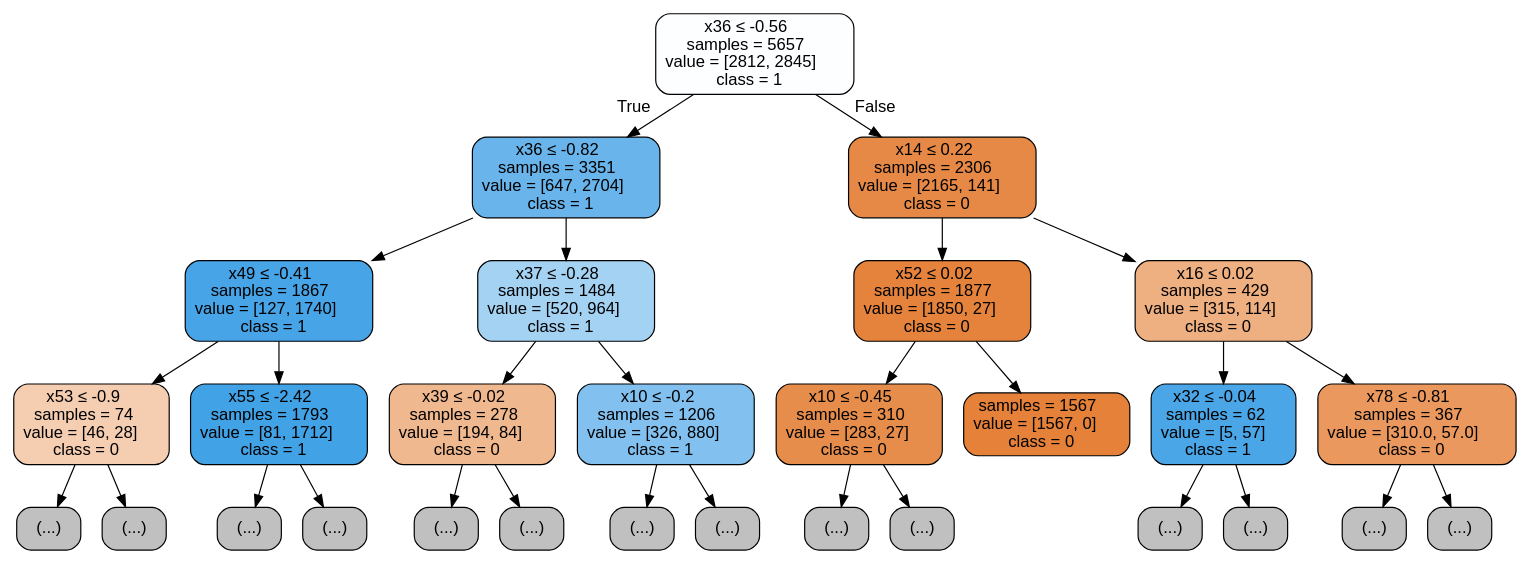
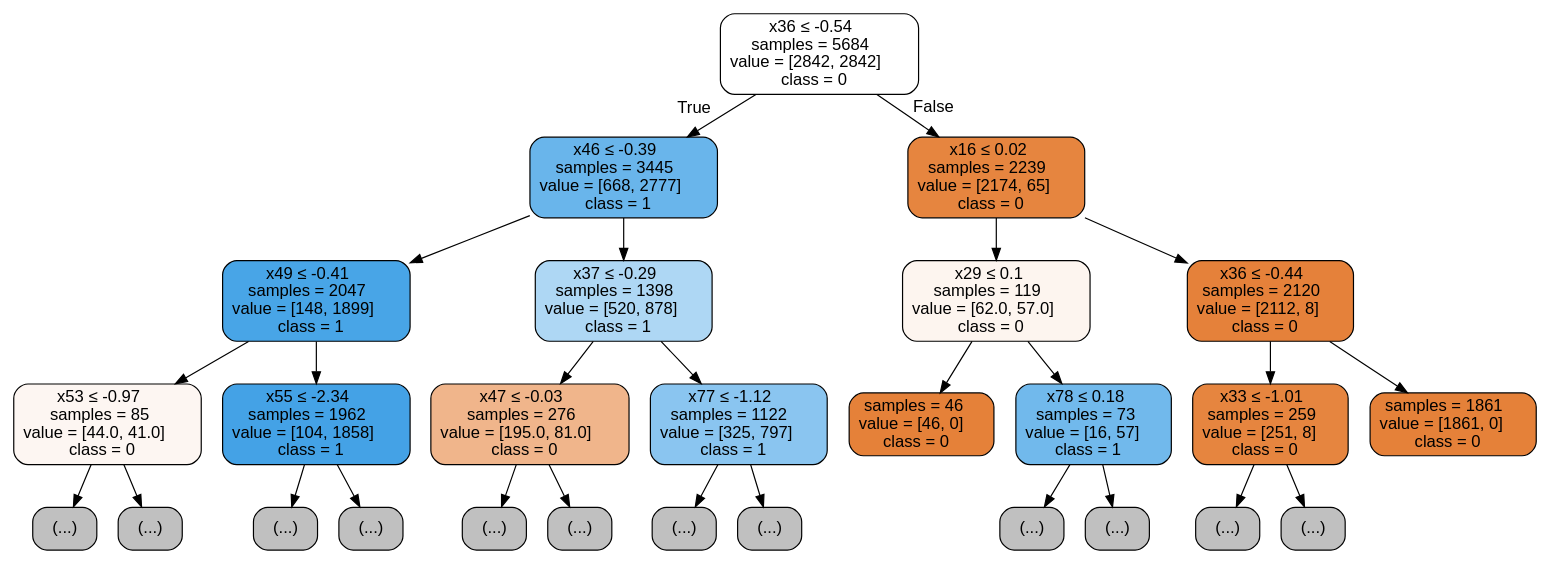
Before and after one commit to jaimevidex/DataScience: the diagram in Classification/Images/Decision Tree/class_financial_distress_dt_accuracy_best_tree.dot, drawn with Graphviz. The commit also changed 40 other files, not shown here.

```diff
--- a/Classification/Images/Decision Tree/class_financial_distress_dt_accuracy_best_tree.dot
+++ b/Classification/Images/Decision Tree/class_financial_distress_dt_accuracy_best_tree.dot
@@ -1,61 +1,57 @@
 digraph Tree {
 node [shape=box, style="filled, rounded", color="black", fontname="helvetica"] ;
 edge [fontname="helvetica"] ;
-0 [label=<x36 &le; -0.56<br/>samples = 5657<br/>value = [2812, 2845]<br/>class = 1>, fillcolor="#fdfeff"] ;
-1 [label=<x36 &le; -0.82<br/>samples = 3351<br/>value = [647, 2704]<br/>class = 1>, fillcolor="#68b4eb"] ;
+0 [label=<x36 &le; -0.54<br/>samples = 5684<br/>value = [2842, 2842]<br/>class = 0>, fillcolor="#ffffff"] ;
+1 [label=<x46 &le; -0.39<br/>samples = 3445<br/>value = [668, 2777]<br/>class = 1>, fillcolor="#69b5eb"] ;
 0 -> 1 [labeldistance=2.5, labelangle=45, headlabel="True"] ;
-2 [label=<x49 &le; -0.41<br/>samples = 1867<br/>value = [127, 1740]<br/>class = 1>, fillcolor="#47a4e7"] ;
+2 [label=<x49 &le; -0.41<br/>samples = 2047<br/>value = [148, 1899]<br/>class = 1>, fillcolor="#48a5e7"] ;
 1 -> 2 ;
-3 [label=<x53 &le; -0.9<br/>samples = 74<br/>value = [46, 28]<br/>class = 0>, fillcolor="#f5ceb2"] ;
+3 [label=<x53 &le; -0.97<br/>samples = 85<br/>value = [44.0, 41.0]<br/>class = 0>, fillcolor="#fdf6f2"] ;
 2 -> 3 ;
 4 [label="(...)", fillcolor="#C0C0C0"] ;
 3 -> 4 ;
 9 [label="(...)", fillcolor="#C0C0C0"] ;
 3 -> 9 ;
-10 [label=<x55 &le; -2.42<br/>samples = 1793<br/>value = [81, 1712]<br/>class = 1>, fillcolor="#42a2e6"] ;
-2 -> 10 ;
-11 [label="(...)", fillcolor="#C0C0C0"] ;
-10 -> 11 ;
+12 [label=<x55 &le; -2.34<br/>samples = 1962<br/>value = [104, 1858]<br/>class = 1>, fillcolor="#44a2e6"] ;
+2 -> 12 ;
+13 [label="(...)", fillcolor="#C0C0C0"] ;
+12 -> 13 ;
 58 [label="(...)", fillcolor="#C0C0C0"] ;
-10 -> 58 ;
-73 [label=<x37 &le; -0.28<br/>samples = 1484<br/>value = [520, 964]<br/>class = 1>, fillcolor="#a4d2f3"] ;
-1 -> 73 ;
-74 [label=<x39 &le; -0.02<br/>samples = 278<br/>value = [194, 84]<br/>class = 0>, fillcolor="#f0b88f"] ;
-73 -> 74 ;
-75 [label="(...)", fillcolor="#C0C0C0"] ;
-74 -> 75 ;
+12 -> 58 ;
+85 [label=<x37 &le; -0.29<br/>samples = 1398<br/>value = [520, 878]<br/>class = 1>, fillcolor="#aed7f4"] ;
+1 -> 85 ;
+86 [label=<x47 &le; -0.03<br/>samples = 276<br/>value = [195.0, 81.0]<br/>class = 0>, fillcolor="#f0b58b"] ;
+85 -> 86 ;
+87 [label="(...)", fillcolor="#C0C0C0"] ;
+86 -> 87 ;
 90 [label="(...)", fillcolor="#C0C0C0"] ;
-74 -> 90 ;
-91 [label=<x10 &le; -0.2<br/>samples = 1206<br/>value = [326, 880]<br/>class = 1>, fillcolor="#82c1ef"] ;
-73 -> 91 ;
-92 [label="(...)", fillcolor="#C0C0C0"] ;
-91 -> 92 ;
+86 -> 90 ;
+101 [label=<x77 &le; -1.12<br/>samples = 1122<br/>value = [325, 797]<br/>class = 1>, fillcolor="#8ac5f0"] ;
+85 -> 101 ;
+102 [label="(...)", fillcolor="#C0C0C0"] ;
+101 -> 102 ;
+109 [label="(...)", fillcolor="#C0C0C0"] ;
+101 -> 109 ;
+204 [label=<x16 &le; 0.02<br/>samples = 2239<br/>value = [2174, 65]<br/>class = 0>, fillcolor="#e6853f"] ;
+0 -> 204 [labeldistance=2.5, labelangle=-45, headlabel="False"] ;
+205 [label=<x29 &le; 0.1<br/>samples = 119<br/>value = [62.0, 57.0]<br/>class = 0>, fillcolor="#fdf5ef"] ;
+204 -> 205 ;
+206 [label=<samples = 46<br/>value = [46, 0]<br/>class = 0>, fillcolor="#e58139"] ;
+205 -> 206 ;
+207 [label=<x78 &le; 0.18<br/>samples = 73<br/>value = [16, 57]<br/>class = 1>, fillcolor="#71b9ec"] ;
+205 -> 207 ;
+208 [label="(...)", fillcolor="#C0C0C0"] ;
+207 -> 208 ;
 209 [label="(...)", fillcolor="#C0C0C0"] ;
-91 -> 209 ;
-210 [label=<x14 &le; 0.22<br/>samples = 2306<br/>value = [2165, 141]<br/>class = 0>, fillcolor="#e78946"] ;
-0 -> 210 [labeldistance=2.5, labelangle=-45, headlabel="False"] ;
-211 [label=<x52 &le; 0.02<br/>samples = 1877<br/>value = [1850, 27]<br/>class = 0>, fillcolor="#e5833c"] ;
-210 -> 211 ;
-212 [label=<x10 &le; -0.45<br/>samples = 310<br/>value = [283, 27]<br/>class = 0>, fillcolor="#e78d4c"] ;
-211 -> 212 ;
-213 [label="(...)", fillcolor="#C0C0C0"] ;
-212 -> 213 ;
-222 [label="(...)", fillcolor="#C0C0C0"] ;
-212 -> 222 ;
-223 [label=<samples = 1567<br/>value = [1567, 0]<br/>class = 0>, fillcolor="#e58139"] ;
-211 -> 223 ;
-224 [label=<x16 &le; 0.02<br/>samples = 429<br/>value = [315, 114]<br/>class = 0>, fillcolor="#eeaf81"] ;
-210 -> 224 ;
-225 [label=<x32 &le; -0.04<br/>samples = 62<br/>value = [5, 57]<br/>class = 1>, fillcolor="#4aa6e7"] ;
-224 -> 225 ;
-226 [label="(...)", fillcolor="#C0C0C0"] ;
-225 -> 226 ;
-227 [label="(...)", fillcolor="#C0C0C0"] ;
-225 -> 227 ;
-228 [label=<x78 &le; -0.81<br/>samples = 367<br/>value = [310.0, 57.0]<br/>class = 0>, fillcolor="#ea985d"] ;
-224 -> 228 ;
-229 [label="(...)", fillcolor="#C0C0C0"] ;
-228 -> 229 ;
-242 [label="(...)", fillcolor="#C0C0C0"] ;
-228 -> 242 ;
+207 -> 209 ;
+214 [label=<x36 &le; -0.44<br/>samples = 2120<br/>value = [2112, 8]<br/>class = 0>, fillcolor="#e5813a"] ;
+204 -> 214 ;
+215 [label=<x33 &le; -1.01<br/>samples = 259<br/>value = [251, 8]<br/>class = 0>, fillcolor="#e6853f"] ;
+214 -> 215 ;
+216 [label="(...)", fillcolor="#C0C0C0"] ;
+215 -> 216 ;
+221 [label="(...)", fillcolor="#C0C0C0"] ;
+215 -> 221 ;
+226 [label=<samples = 1861<br/>value = [1861, 0]<br/>class = 0>, fillcolor="#e58139"] ;
+214 -> 226 ;
 }
```
